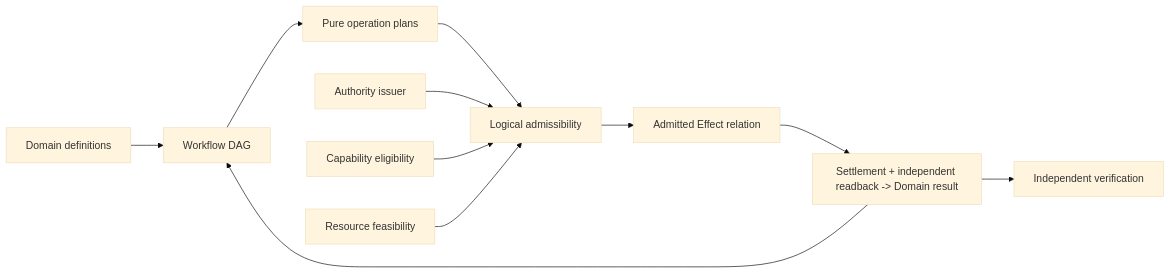
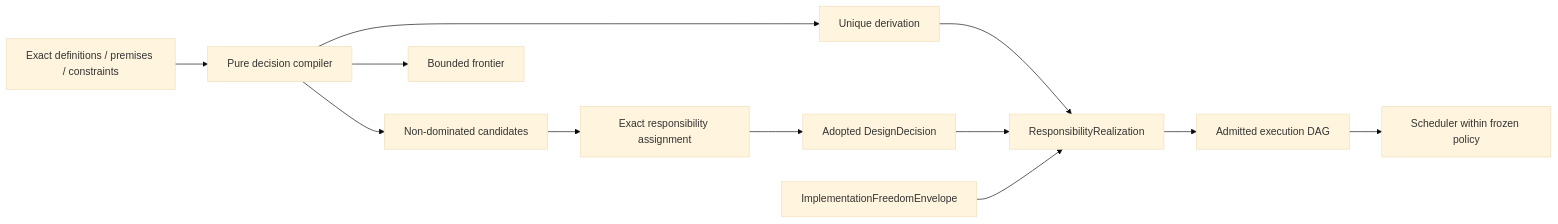
One commit to sec-platform/sec changed the second of 2 diagrams in docs/system-architecture/operations-and-resources.md. Above: the diagram before and after it, drawn with Mermaid (base theme). The commit also changed other lines of this file and 37 other files, not shown here.

````diff
--- a/docs/system-architecture/operations-and-resources.md
+++ b/docs/system-architecture/operations-and-resources.md
@@ -310,13 +108,14 @@
 ```mermaid
 flowchart LR
-  D[Domain definitions] --> W[Workflow DAG]
-  W --> P[Pure operation plans]
-  P --> C[Logical admissibility]
-  A[Authority issuer] --> C
-  B[Capability eligibility] --> C
-  R[Resource feasibility] --> C
-  C --> E[Admitted Effect relation]
-  E --> DR[Settlement + independent readback -> Domain result]
-  DR --> W
-  DR --> V[Independent verification]
+  I[Exact definitions / premises / constraints] --> C[Pure decision compiler]
+  C --> D[Unique derivation]
+  C --> N[Non-dominated candidates]
+  N --> A[Exact responsibility assignment]
+  A --> G[Adopted DesignDecision]
+  C --> F[Bounded frontier]
+  D --> R[ResponsibilityRealization]
+  G --> R
+  E[ImplementationFreedomEnvelope] --> R
+  R --> X[Admitted execution DAG]
+  X --> S[Scheduler within frozen policy]
 ```
````
